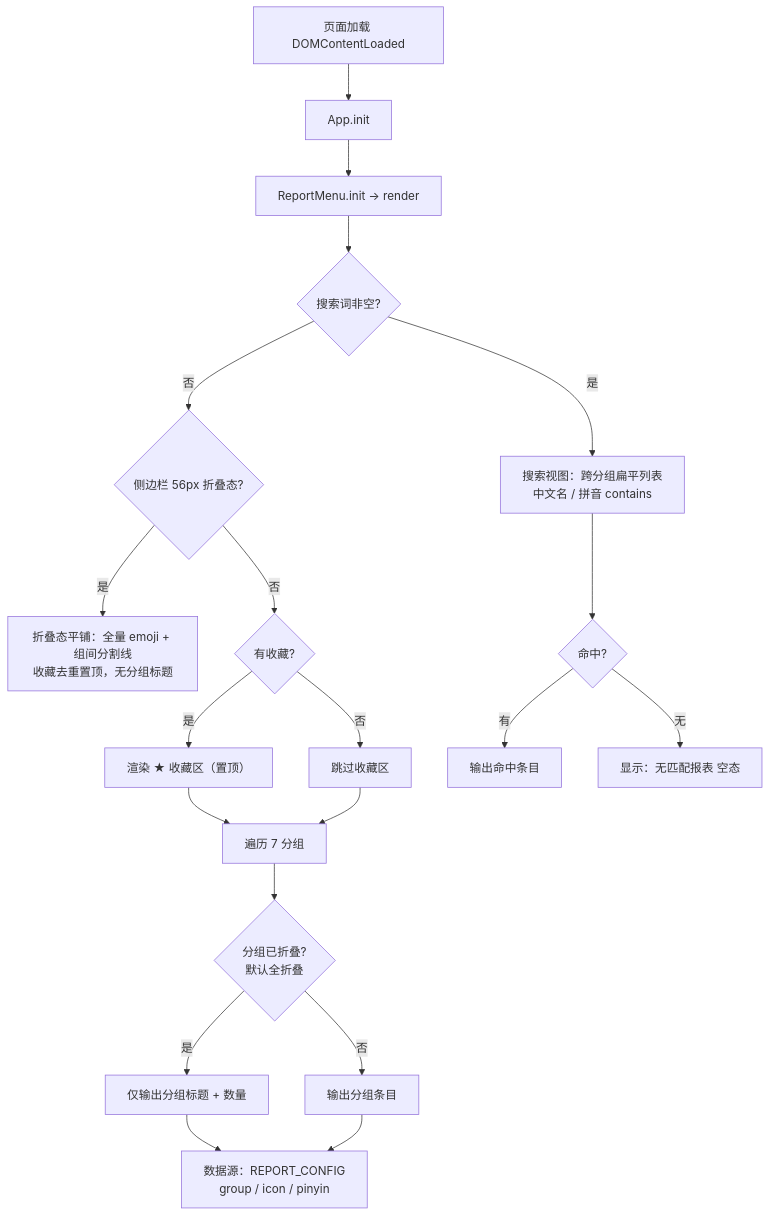
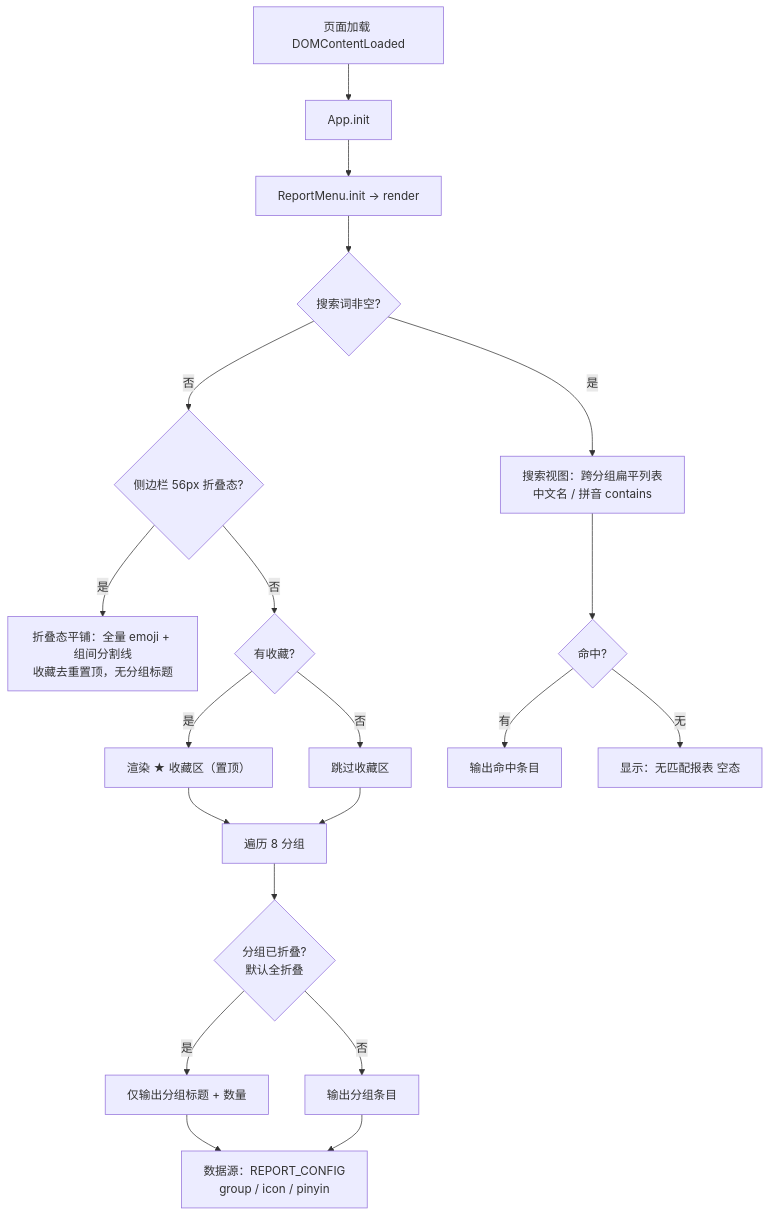
Diagram 14 of 25 in 流程图.md (ksmingkimo/AsCoding), drawn with Mermaid before and after one commit. The commit also changed other lines of this file and 27 other files, not shown here.

````diff
--- a/流程图.md
+++ b/流程图.md
@@ -433,22 +437,22 @@
 ```mermaid
 flowchart TD
     A[页面加载 DOMContentLoaded] --> B[App.init]
     B --> C[ReportMenu.init → render]
     C --> D{搜索词非空?}
     D -->|否| E{侧边栏 56px 折叠态?}
     D -->|是| F[搜索视图：跨分组扁平列表<br/>中文名 / 拼音 contains]
     E -->|是| C2["折叠态平铺：全量 emoji + 组间分割线<br/>收藏去重置顶，无分组标题"]
     E -->|否| G{有收藏?}
     G -->|是| H[渲染 ★ 收藏区（置顶）]
     G -->|否| I[跳过收藏区]
-    H --> J[遍历 7 分组]
+    H --> J[遍历 8 分组]
     I --> J
     J --> K{分组已折叠?<br/>默认全折叠}
     K -->|是| L[仅输出分组标题 + 数量]
     K -->|否| M[输出分组条目]
     L --> N[数据源：REPORT_CONFIG<br/>group / icon / pinyin]
     M --> N
     F --> O{命中?}
     O -->|有| P[输出命中条目]
     O -->|无| Q[显示：无匹配报表 空态]
 ```
````
